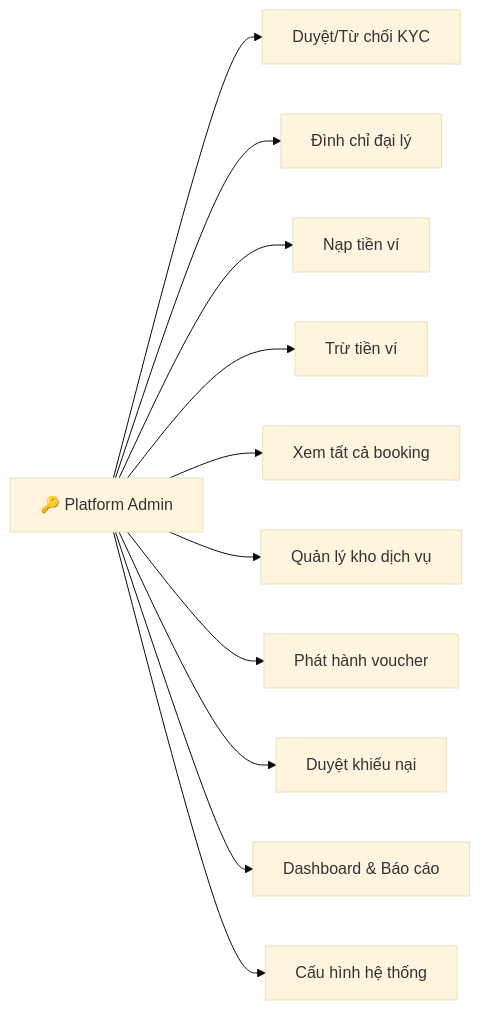
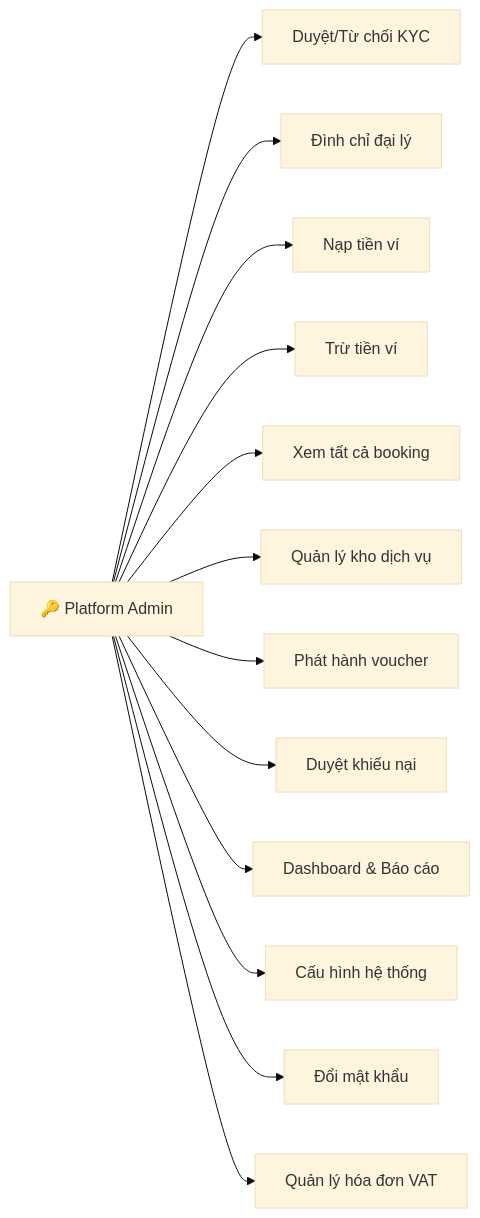
The third of 25 diagrams in docs/actor and usecase/actors.md (thanh-16/B2B_Tour), drawn with Mermaid (base theme) before and after one commit. The commit also changed other lines of this file, not shown here.

````diff
--- a/docs/actor and usecase/actors.md
+++ b/docs/actor and usecase/actors.md
@@ -92,15 +94,17 @@
 ```mermaid
 graph LR
     PA["🔑 Platform Admin"]
 
     PA --> UC_KYC["Duyệt/Từ chối KYC"]
     PA --> UC_SUSPEND["Đình chỉ đại lý"]
     PA --> UC_CREDIT["Nạp tiền ví"]
     PA --> UC_DEBIT["Trừ tiền ví"]
     PA --> UC_VIEW_BK["Xem tất cả booking"]
     PA --> UC_INV["Quản lý kho dịch vụ"]
     PA --> UC_VOUCHER["Phát hành voucher"]
     PA --> UC_CLAIM["Duyệt khiếu nại"]
     PA --> UC_REPORT["Dashboard & Báo cáo"]
     PA --> UC_CONFIG["Cấu hình hệ thống"]
+    PA --> UC_PW["Đổi mật khẩu"]
+    PA --> UC_INV_VAT["Quản lý hóa đơn VAT"]
 ```
````
